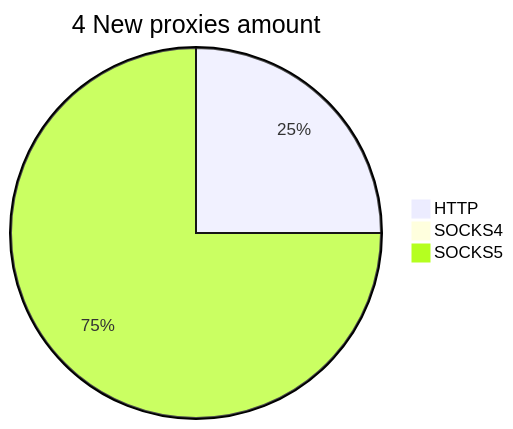
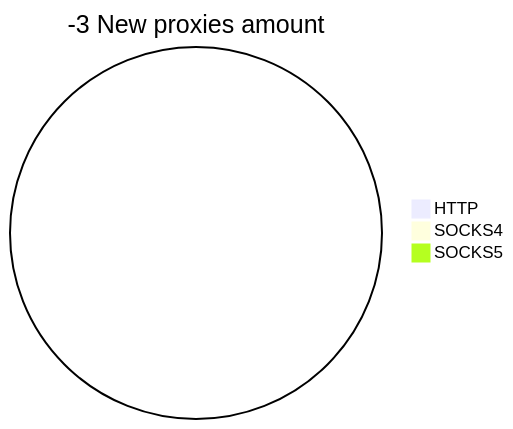
Before and after one commit to cutipu/proxylist: the second of 2 diagrams in README.md, drawn with Mermaid. The commit also changed other lines of this file, not shown here.

````diff
--- a/README.md
+++ b/README.md
@@ -17,6 +17,6 @@
 ```mermaid
-pie title 4 New proxies amount
-    "HTTP" : 1
+pie title -3 New proxies amount
+    "HTTP" : 0
     "SOCKS4" : 0
-    "SOCKS5" : 3
+    "SOCKS5" : 0
 ```
````
